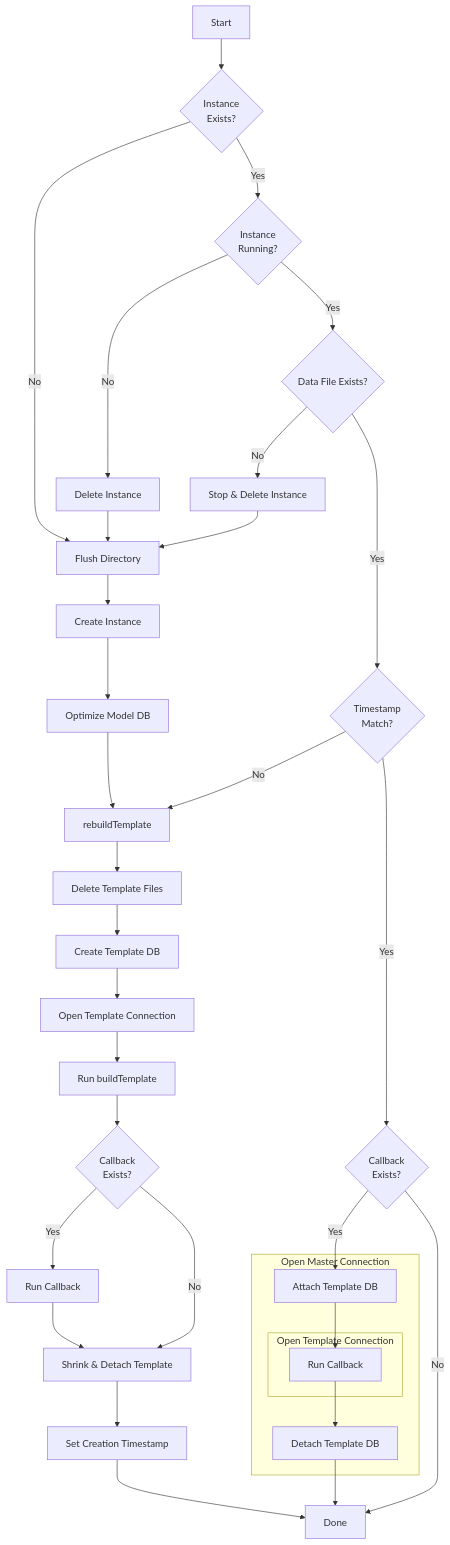
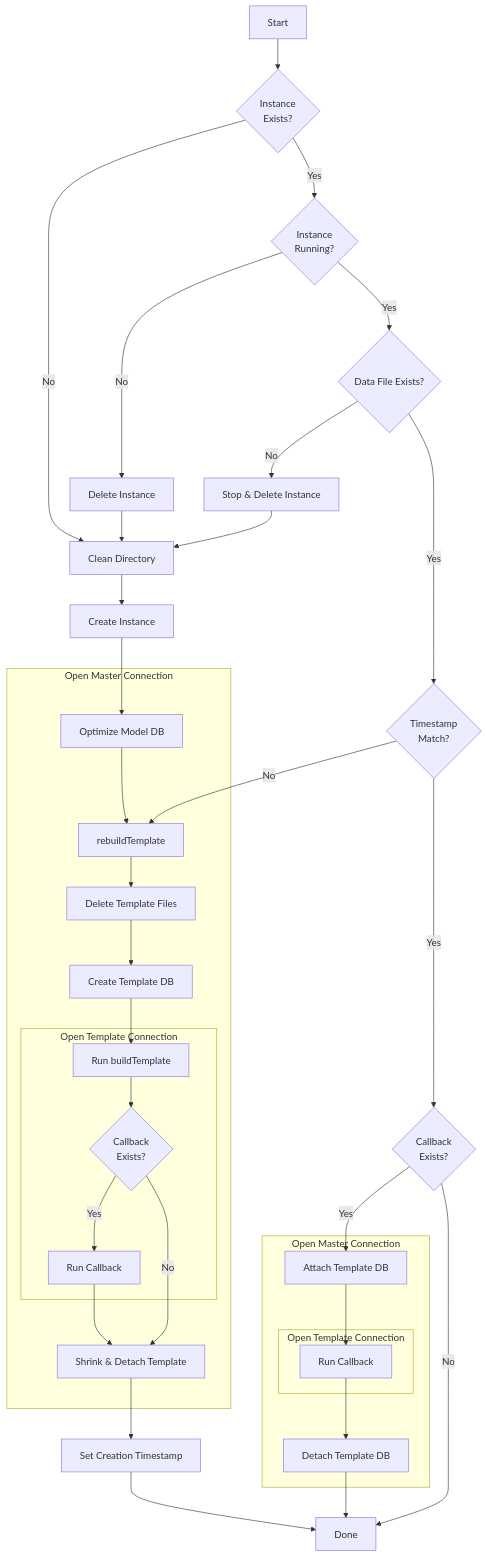
The second of 3 diagrams in docs/mdsource/workflow.md (SimonCropp/LocalDb), drawn with Mermaid before and after one commit. The commit also changed other lines of this file and 2 other files, not shown here.

````diff
--- a/docs/mdsource/workflow.md
+++ b/docs/mdsource/workflow.md
@@ -45,73 +49,77 @@
 ```mermaid
 flowchart TD
 
     start[Start]
-    deleteFiles[Delete Template Files]
-    flushDir[Flush Directory]
-    createInstance[Create Instance]
     checkExists{Instance<br>Exists?}
     checkRunning{Instance<br>Running?}
     deleteInstance[Delete Instance]
-    optimizeModel[Optimize Model DB]
+    checkDataFile{Data File Exists?}
+    stopAndDelete[Stop & Delete Instance]
+    cleanDir[Clean Directory]
     checkTimestamp{Timestamp<br>Match?}
     checkCallback{Callback<br>Exists?}
-    stopAndDelete[Stop & Delete Instance]
-    checkDataFile{Data File Exists?}
-    openTemplateConn[Open Template Connection]
-    createTemplateDb[Create Template DB]
-    runBuildTemplate[Run buildTemplate]
-    checkCallbackAfterBuild{Callback<br>Exists?}
-    runCallbackAfterBuild[Run Callback]
-    detachShrink[Shrink & Detach Template]
+    createInstance[Create Instance]
+
+    subgraph openMasterForNewBox[Open Master Connection]
+        optimizeModel[Optimize Model DB]
+        rebuildTemplate
+        deleteFiles[Delete Template Files]
+        createTemplateDb[Create Template DB]
+        subgraph openTemplateForNewBox[Open Template Connection]
+            runBuildTemplate[Run buildTemplate]
+            checkCallbackAfterBuild{Callback<br>Exists?}
+            runCallbackAfterBuild[Run Callback]
+        end
+        detachShrink[Shrink & Detach Template]
+    end
     setTimestamp[Set Creation Timestamp]
 
     subgraph openMasterForExistingBox[Open Master Connection]
         attachTemplate[Attach Template DB]
         subgraph openTemplateForExistingBox[Open Template Connection]
             runCallback[Run Callback]
         end
         detachTemplate[Detach Template DB]
     end
 
 
     done[Done]
 
     start --> checkExists
 
-    checkExists -->|No| flushDir
+    checkExists -->|No| cleanDir
     checkExists -->|Yes| checkRunning
 
     checkRunning -->|No| deleteInstance
-    deleteInstance --> flushDir
+    deleteInstance --> cleanDir
 
     checkRunning -->|Yes| checkDataFile
 
     checkDataFile -->|No| stopAndDelete
-    stopAndDelete --> flushDir
+    stopAndDelete --> cleanDir
 
     checkDataFile -->|Yes| checkTimestamp
 
     checkTimestamp -->|No| rebuildTemplate
 
     checkTimestamp -->|Yes| checkCallback
-    flushDir --> createInstance
+    cleanDir --> createInstance
     createInstance --> optimizeModel
     optimizeModel --> rebuildTemplate
     rebuildTemplate --> deleteFiles
     deleteFiles --> createTemplateDb
-    createTemplateDb --> openTemplateConn
-    openTemplateConn --> runBuildTemplate
+    createTemplateDb --> runBuildTemplate
     runBuildTemplate --> checkCallbackAfterBuild
     checkCallbackAfterBuild -->|Yes| runCallbackAfterBuild
     checkCallbackAfterBuild -->|No| detachShrink
     runCallbackAfterBuild --> detachShrink
     detachShrink --> setTimestamp
 
     checkCallback -->|Yes| attachTemplate
     attachTemplate --> runCallback
     runCallback --> detachTemplate
 
     checkCallback -->|No| done
     detachTemplate --> done
     setTimestamp --> done
 ```
````
